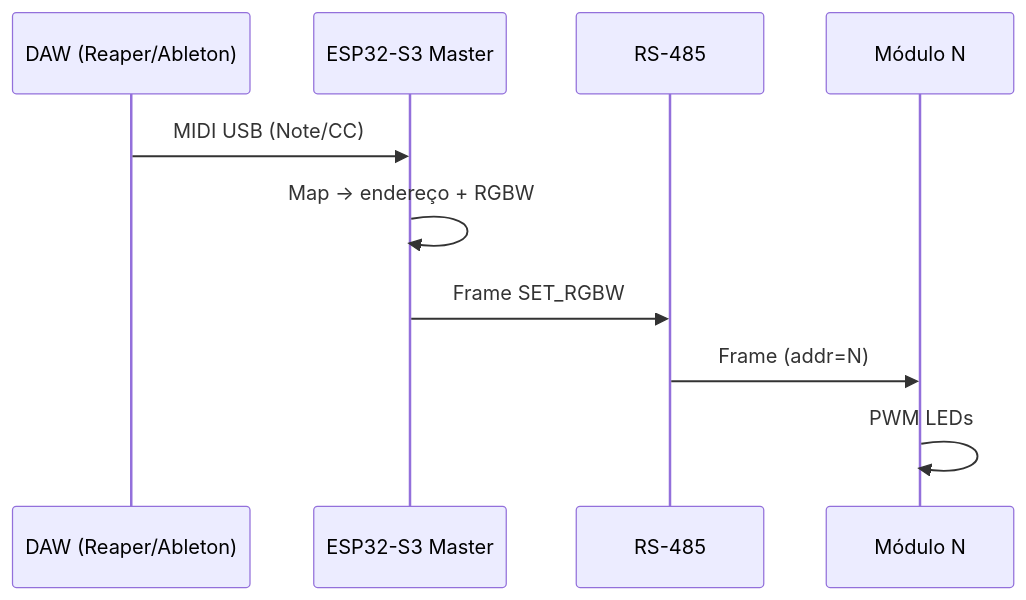
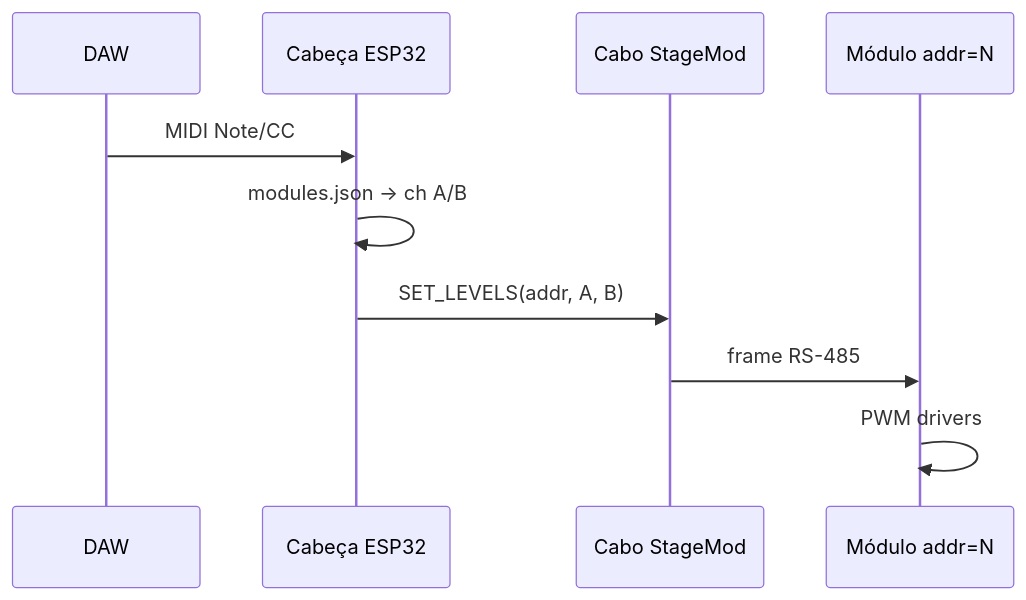
Before and after one commit to andreysenes/light: the diagram in docs/05-MIDI-DAW.md, drawn with Mermaid. The commit also changed other lines of this file and 14 other files, not shown here.

First line of the commit message:
docs: arquitetura v2 — cabeça única, cabo StageMod, módulo dual 2×10W

````diff
--- a/docs/05-MIDI-DAW.md
+++ b/docs/05-MIDI-DAW.md
@@ -5,13 +7,13 @@
 ```mermaid
 sequenceDiagram
-    participant DAW as DAW (Reaper/Ableton)
-    participant Master as ESP32-S3 Master
-    participant Bus as RS-485
-    participant Mod as Módulo N
+    participant DAW
+    participant Head as Cabeça ESP32
+    participant Bus as Cabo StageMod
+    participant Mod as Módulo addr=N
 
-    DAW->>Master: MIDI USB (Note/CC)
-    Master->>Master: Map → endereço + RGBW
-    Master->>Bus: Frame SET_RGBW
-    Bus->>Mod: Frame (addr=N)
-    Mod->>Mod: PWM LEDs
+    DAW->>Head: MIDI Note/CC
+    Head->>Head: modules.json → ch A/B
+    Head->>Bus: SET_LEVELS(addr, A, B)
+    Bus->>Mod: frame RS-485
+    Mod->>Mod: PWM drivers
 ```
````
